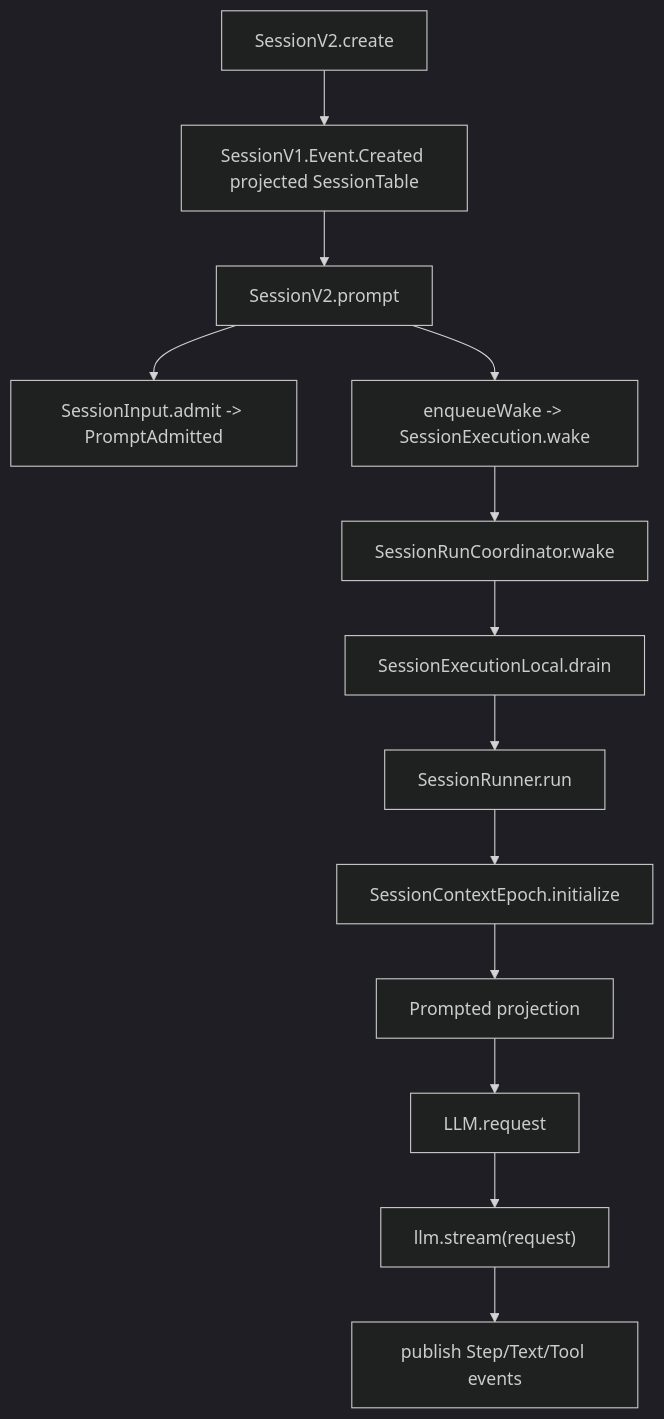
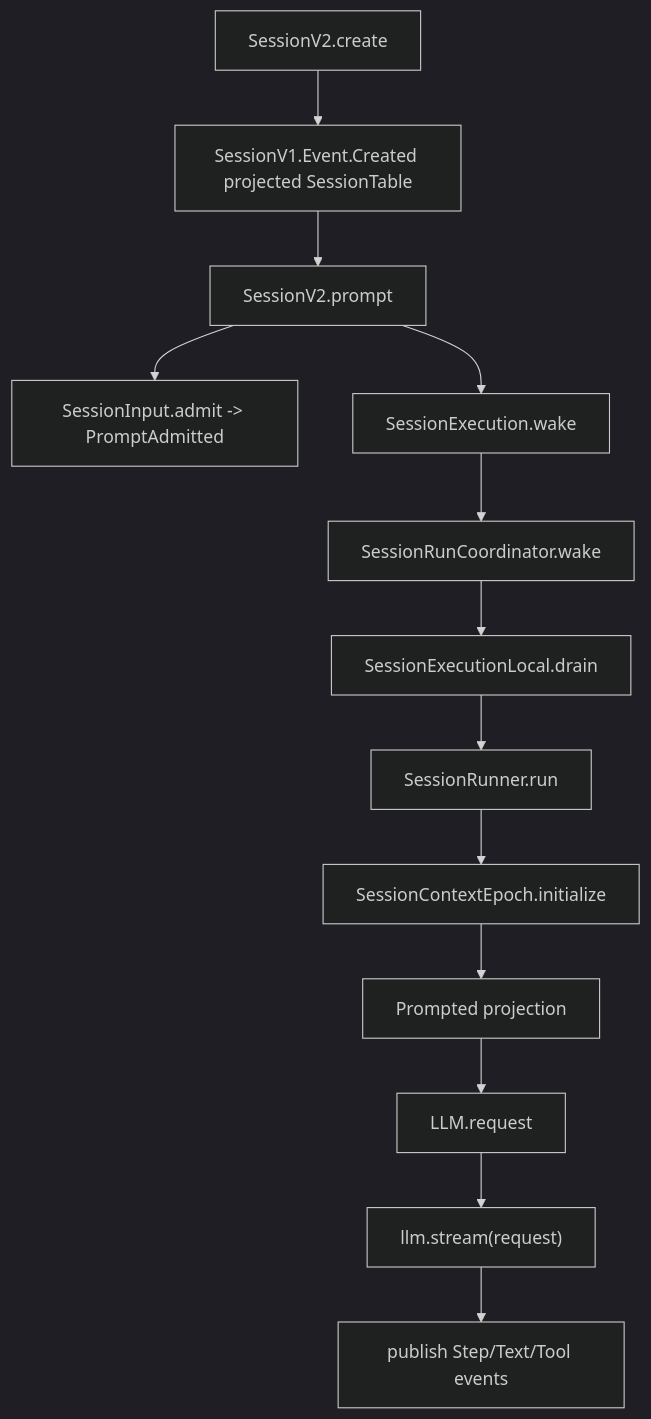
The diagram in docs/llm-wiki/opencode/spine/trace-first-prompt.md (wdnmdtonyma/SOTA-Agent-LLM-Wiki), drawn with Mermaid (dark theme) before and after one commit. The commit also changed 89 other files, not shown here.

````diff
--- a/docs/llm-wiki/opencode/spine/trace-first-prompt.md
+++ b/docs/llm-wiki/opencode/spine/trace-first-prompt.md
@@ -23,15 +23,15 @@
 ```mermaid
 flowchart TD
   Create["SessionV2.create"] --> Created["SessionV1.Event.Created projected SessionTable"]
   Created --> Prompt["SessionV2.prompt"]
   Prompt --> Admit["SessionInput.admit -> PromptAdmitted"]
-  Prompt --> Wake["enqueueWake -> SessionExecution.wake"]
+  Prompt --> Wake["SessionExecution.wake"]
   Wake --> Coord["SessionRunCoordinator.wake"]
   Coord --> Drain["SessionExecutionLocal.drain"]
   Drain --> Run["SessionRunner.run"]
   Run --> Init["SessionContextEpoch.initialize"]
   Init --> Promote["promoteSteers"]
   Promote["Prompted projection"] --> Request["LLM.request"]
   Request --> Stream["llm.stream(request)"]
   Stream --> Publish["publish Step/Text/Tool events"]
 ```
````
